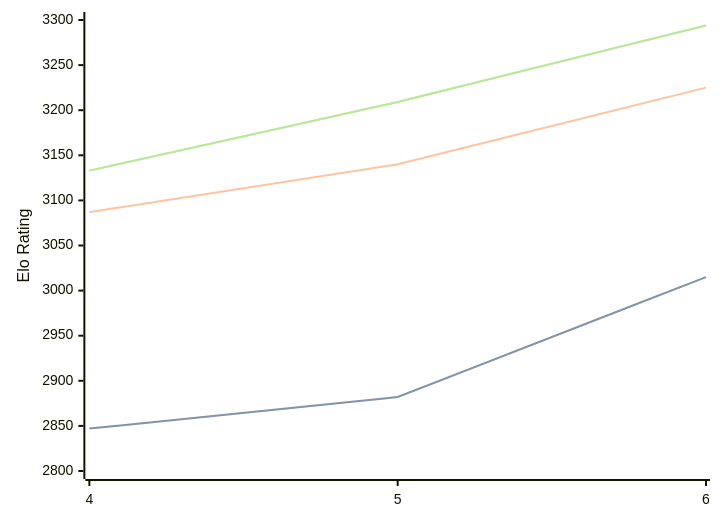
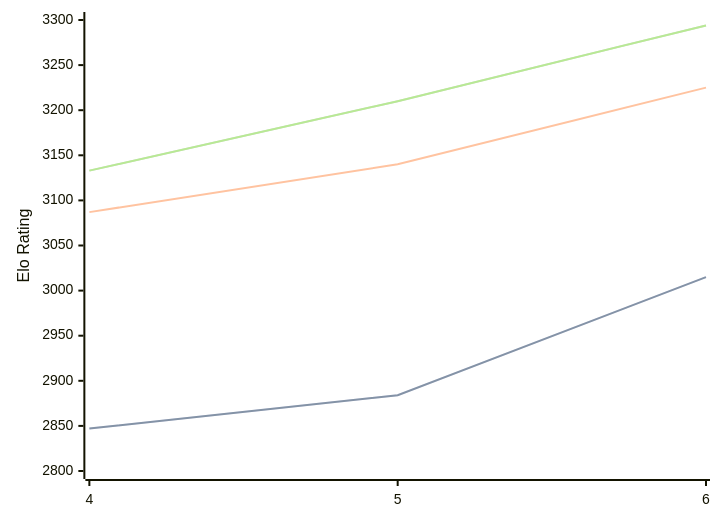
The diagram in engines/Cwtch.md (computer-chess-index/cci), drawn with Mermaid before and after one commit. The commit also changed other lines of this file, not shown here.

Commit message:
Update CCI Ratings (ELO VLTC) - 2026-09-06

````diff
--- a/engines/Cwtch.md
+++ b/engines/Cwtch.md
@@ -34,11 +34,11 @@
 ```mermaid
 %%{init: {"theme":"base","themeVariables":{"seriesColors:['#a3a3a3','#222221','#faa371']}}}%%
 xychart-beta
   x-axis ["4", "5", "6"]
   y-axis "Elo Rating" 2800 --> 3300
-  line "" [2847, 2882, 3015]
-  line "STC (8.0+0.08s)" [2847, 2882, 3015]
+  line "" [2847, 2884, 3015]
+  line "STC (8.0+0.08s)" [2847, 2884, 3015]
   line "LTC (60.0+0.60s)" [3087, 3140, 3225]
-  line "" [3133, 3209, 3294]
-  line "VLTC (2m24s+1.12s)" [3133, 3209, 3294]
+  line "" [3133, 3210, 3294]
+  line "VLTC (2m24s+1.12s)" [3133, 3210, 3294]
 ```
````
